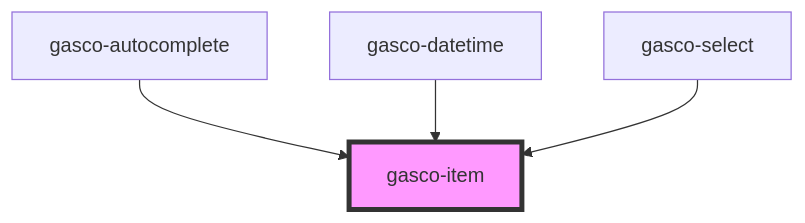
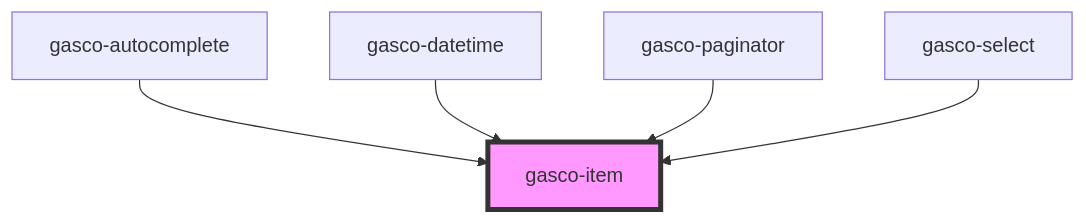
The diagram in core/src/components/gasco-item/readme.md (lac617a/gasco-core), drawn with Mermaid before and after one commit. The commit also changed other lines of this file and 22 other files, not shown here.

````diff
--- a/core/src/components/gasco-item/readme.md
+++ b/core/src/components/gasco-item/readme.md
@@ -100,7 +101,8 @@
 ```mermaid
 graph TD;
   gasco-autocomplete --> gasco-item
   gasco-datetime --> gasco-item
+  gasco-paginator --> gasco-item
   gasco-select --> gasco-item
   style gasco-item fill:#f9f,stroke:#333,stroke-width:4px
 ```
````
